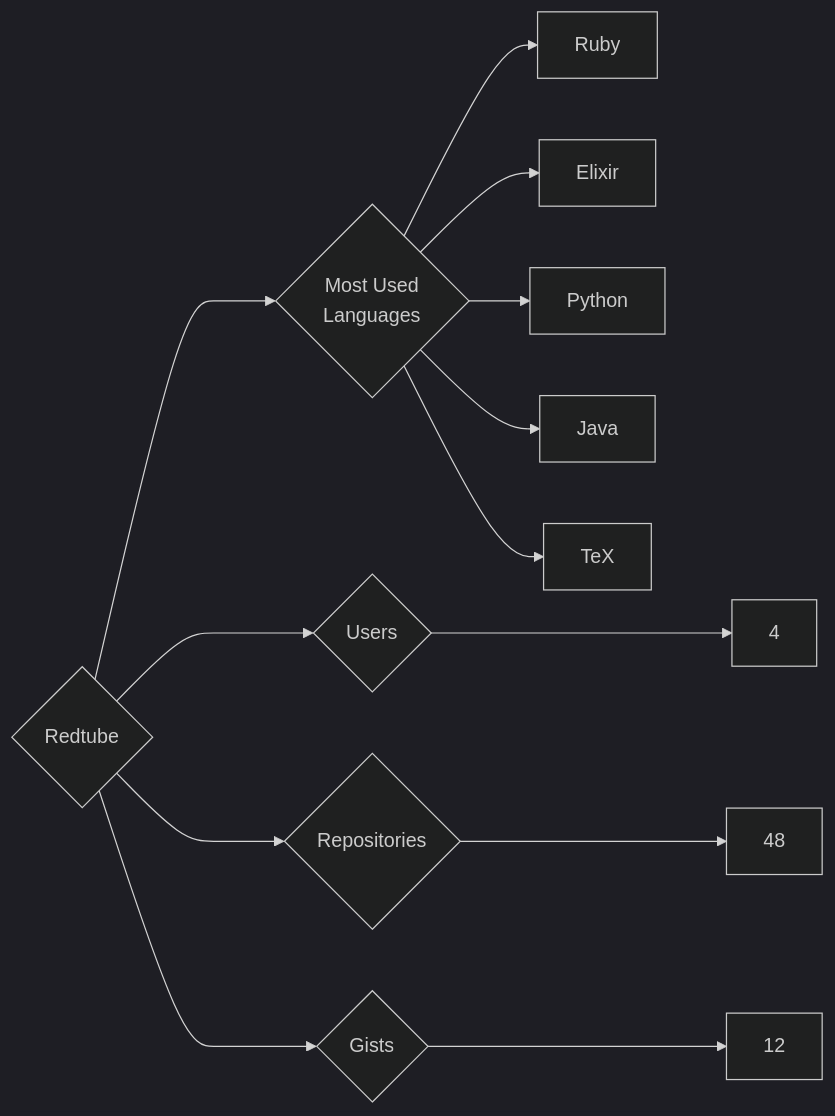
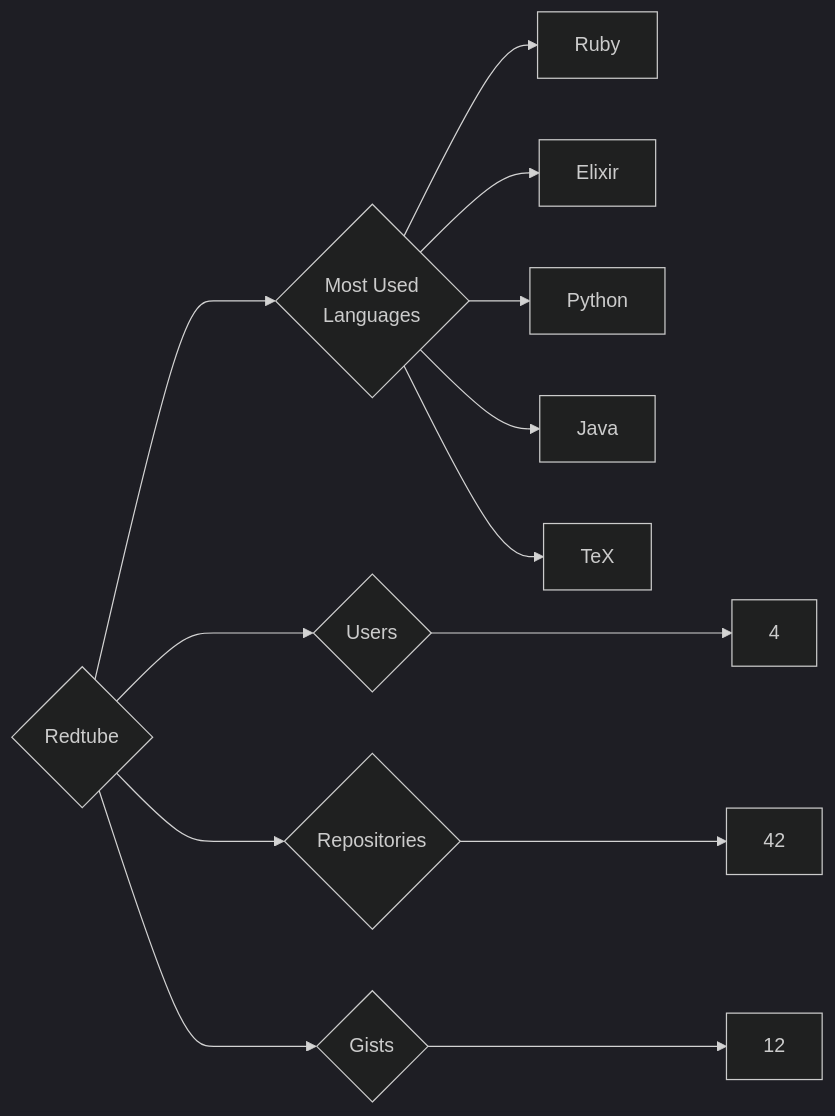
The diagram in targets/Redtube/README.md (trickest/insiders), drawn with Mermaid (dark theme) before and after one commit. The commit also changed 534 other files, not shown here.

````diff
--- a/targets/Redtube/README.md
+++ b/targets/Redtube/README.md
@@ -3,13 +3,13 @@
 ```mermaid
 graph LR
 COMPANY_NAME{Redtube}
 COMPANY_NAME ---> U{Users} ---> UN[4]
-COMPANY_NAME ---> R{Repositories} ---> RN[48]
+COMPANY_NAME ---> R{Repositories} ---> RN[42]
 COMPANY_NAME ---> G{Gists} ---> GN[12]
 COMPANY_NAME ---> ML{Most Used<br>Languages}
 ML --> Ruby[Ruby]
 ML --> Elixir[Elixir]
 ML --> Python[Python]
 ML --> Java[Java]
 ML --> TeX[TeX]
 ```
````
